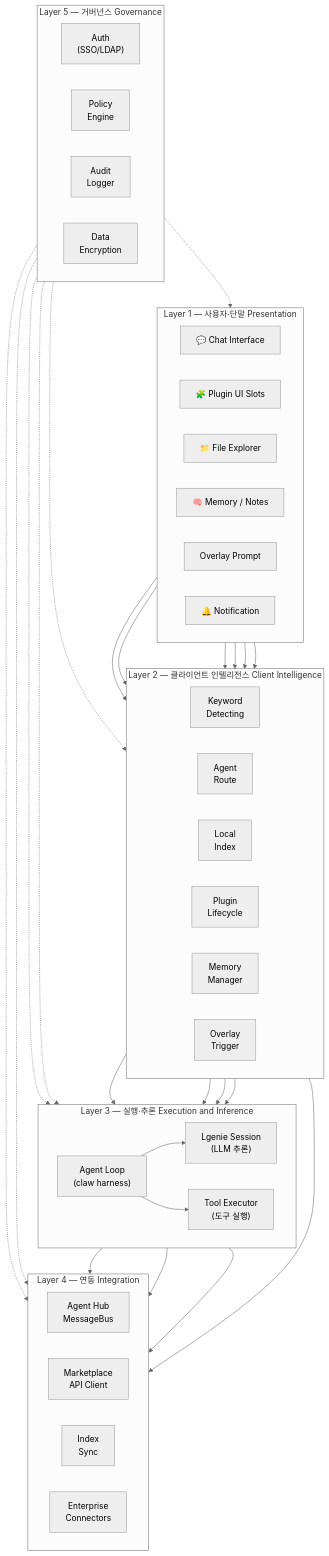
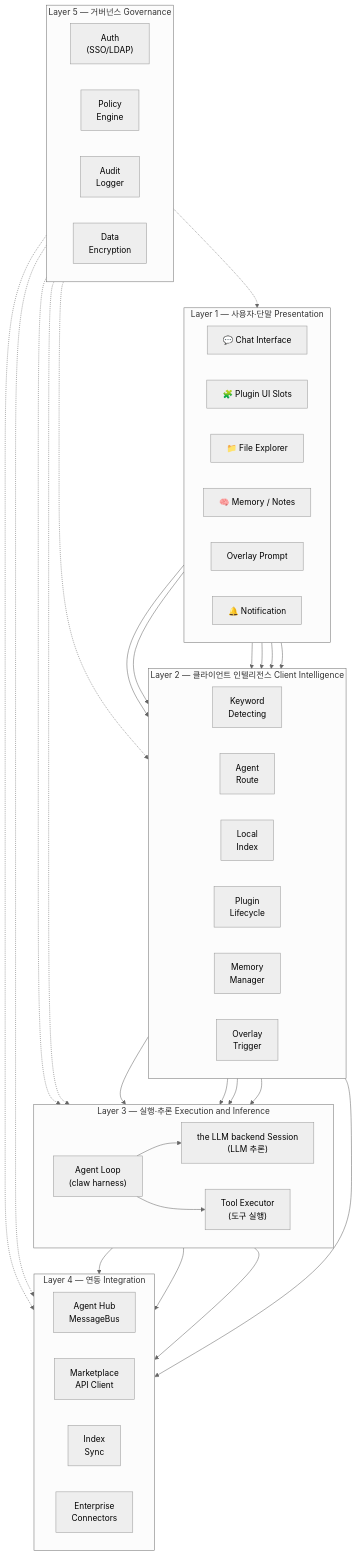
The fourth of 44 diagrams in docs/architecture/architecture.md (lvis-project/lvis-app), drawn with Mermaid (neutral theme) before and after one commit. The commit also changed other lines of this file and 85 other files, not shown here.

````diff
--- a/docs/architecture/architecture.md
+++ b/docs/architecture/architecture.md
@@ -223,71 +223,71 @@
 ```mermaid
 graph TB
     subgraph "Layer 1 — 사용자·단말 Presentation"
         direction LR
         L1_CHAT["💬 Chat Interface"]
         L1_PLUGIN_UI["🧩 Plugin UI Slots"]
         L1_FILE["📁 File Explorer"]
         L1_MEM["🧠 Memory / Notes"]
         L1_OVERLAY["Overlay Prompt"]
         L1_NOTIFY["🔔 Notification"]
     end
 
     subgraph "Layer 2 — 클라이언트 인텔리전스 Client Intelligence"
         direction LR
         L2_KW["Keyword<br/>Detecting"]
         L2_ROUTE["Agent<br/>Route"]
         L2_IDX["Local<br/>Index"]
         L2_PLUGIN["Plugin<br/>Lifecycle"]
         L2_MEMORY["Memory<br/>Manager"]
         L2_OVERLAY["Overlay<br/>Trigger"]
     end
 
     subgraph "Layer 3 — 실행·추론 Execution and Inference"
         direction LR
-        L3_SESSION["Lgenie Session<br/>(LLM 추론)"]
+        L3_SESSION["the LLM backend Session<br/>(LLM 추론)"]
         L3_TOOL["Tool Executor<br/>(도구 실행)"]
         L3_AGENT_LOOP["Agent Loop<br/>(claw harness)"]
     end
 
     subgraph "Layer 4 — 연동 Integration"
         direction LR
         L4_MSGBUS["Agent Hub<br/>MessageBus"]
         L4_MARKET["Marketplace<br/>API Client"]
         L4_SYNC["Index<br/>Sync"]
         L4_CONNECTOR["Enterprise<br/>Connectors"]
     end
 
     subgraph "Layer 5 — 거버넌스 Governance"
         direction LR
         L5_AUTH["Auth<br/>(SSO/LDAP)"]
         L5_POLICY["Policy<br/>Engine"]
         L5_AUDIT["Audit<br/>Logger"]
         L5_ENCRYPT["Data<br/>Encryption"]
     end
 
     L1_CHAT --> L2_KW
     L1_CHAT --> L2_ROUTE
     L1_PLUGIN_UI --> L2_PLUGIN
     L1_FILE --> L2_IDX
     L1_MEM --> L2_MEMORY
     L1_OVERLAY --> L2_OVERLAY
 
     L2_KW --> L3_AGENT_LOOP
     L2_ROUTE --> L3_AGENT_LOOP
     L2_MEMORY --> L3_SESSION
     L2_OVERLAY --> L3_SESSION
     L3_AGENT_LOOP --> L3_SESSION
     L3_AGENT_LOOP --> L3_TOOL
 
     L3_SESSION --> L4_MSGBUS
     L3_TOOL --> L4_MARKET
     L3_TOOL --> L4_CONNECTOR
     L2_IDX --> L4_SYNC
 
     L5_AUTH -.-> L1_CHAT
     L5_POLICY -.-> L3_TOOL
     L5_POLICY -.-> L4_CONNECTOR
     L5_AUDIT -.-> L3_SESSION
     L5_AUDIT -.-> L4_MSGBUS
     L5_ENCRYPT -.-> L2_MEMORY
 ```
````
